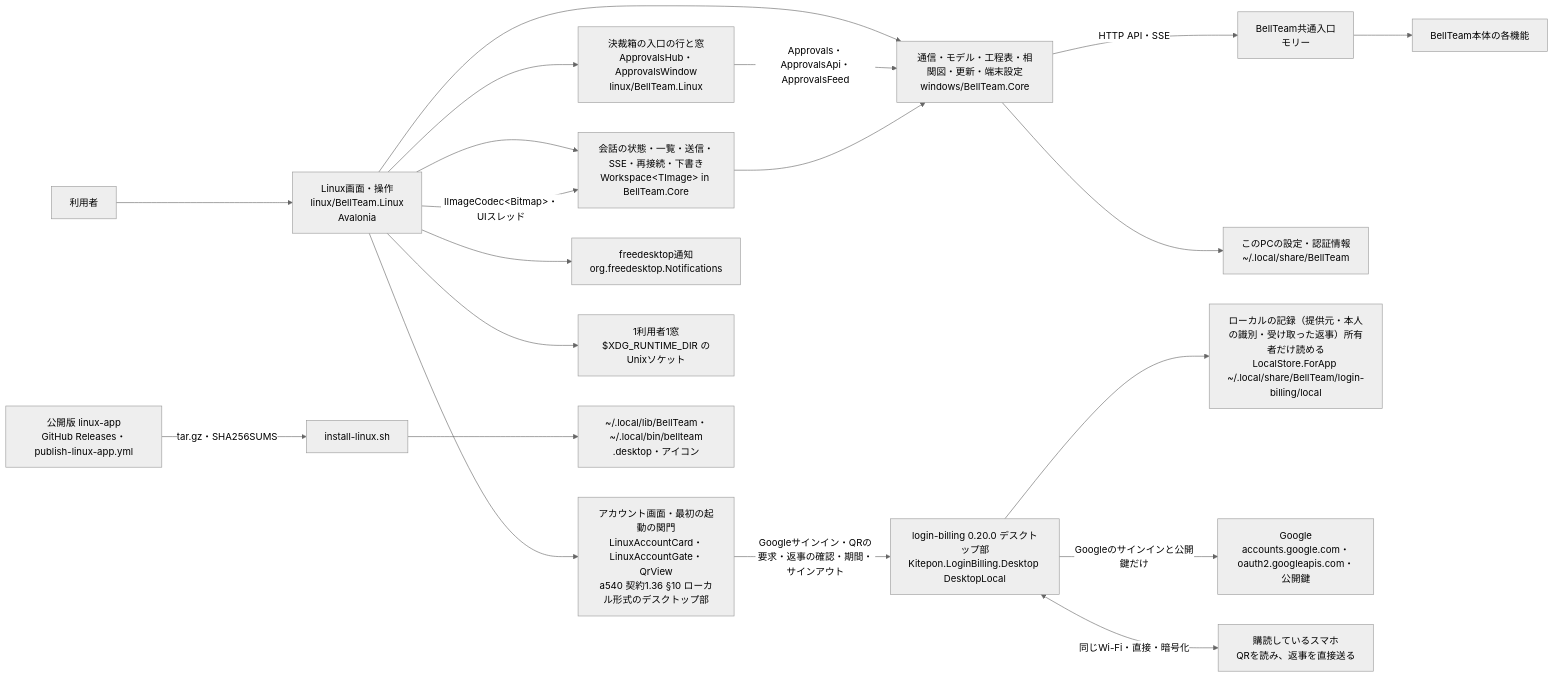
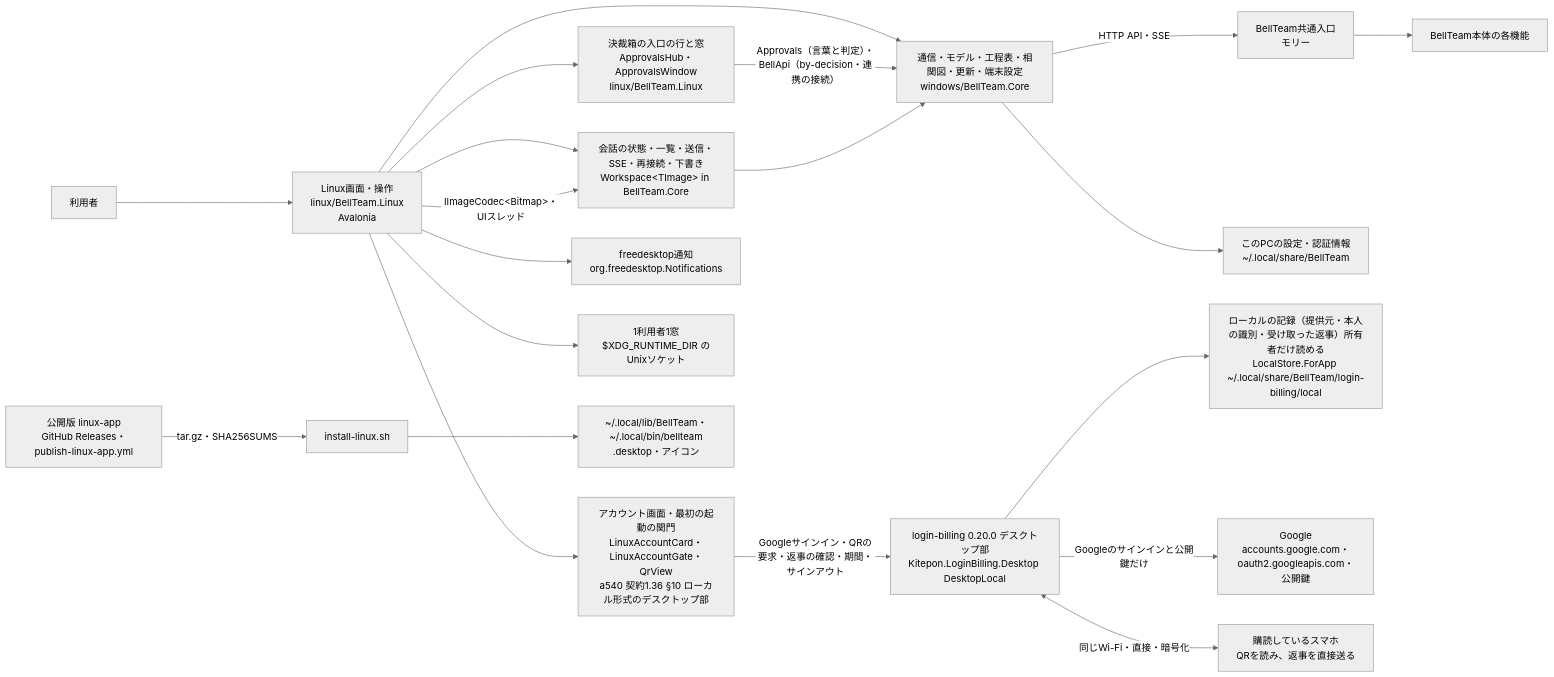
The first of 3 diagrams in docs/linux-architecture.md (kitepon/BellTeam), drawn with Mermaid (neutral theme) before and after one commit. The commit also changed other lines of this file and 20 other files, not shown here.

````diff
--- a/docs/linux-architecture.md
+++ b/docs/linux-architecture.md
@@ -9,22 +9,22 @@
 ```mermaid
 flowchart LR
   user[利用者] --> ui[Linux画面・操作<br/>linux/BellTeam.Linux<br/>Avalonia]
   ui --> ws[会話の状態・一覧・送信・SSE・再接続・下書き<br/>Workspace&lt;TImage&gt; in BellTeam.Core]
   ui --> core[通信・モデル・工程表・相関図・更新・端末設定<br/>windows/BellTeam.Core]
   ui --> abx[決裁箱の入口の行と窓<br/>ApprovalsHub・ApprovalsWindow<br/>linux/BellTeam.Linux]
-  abx -->|Approvals・ApprovalsApi・ApprovalsFeed| core
+  abx -->|Approvals（言葉と判定）・BellApi（by-decision・連携の接続）| core
   ws --> core
   ui -->|IImageCodec&lt;Bitmap&gt;・UIスレッド| ws
   core -->|HTTP API・SSE| integration[BellTeam共通入口<br/>モリー]
   core --> local[このPCの設定・認証情報<br/>~/.local/share/BellTeam]
   ui --> account[アカウント画面・最初の起動の関門<br/>LinuxAccountCard・LinuxAccountGate・QrView<br/>a540 契約1.36 §10 ローカル形式のデスクトップ部]
   account -->|Googleサインイン・QRの要求・返事の確認・期間・サインアウト| lib[login-billing 0.20.0 デスクトップ部<br/>Kitepon.LoginBilling.Desktop DesktopLocal]
   lib --> pass[ローカルの記録（提供元・本人の識別・受け取った返事）所有者だけ読める<br/>LocalStore.ForApp ~/.local/share/BellTeam/login-billing/local]
   lib -->|Googleのサインインと公開鍵だけ| google[Google<br/>accounts.google.com・oauth2.googleapis.com・公開鍵]
   lib <-->|同じWi-Fi・直接・暗号化| phone[購読しているスマホ<br/>QRを読み、返事を直接送る]
   ui --> notify[freedesktop通知<br/>org.freedesktop.Notifications]
   ui --> single[1利用者1窓<br/>$XDG_RUNTIME_DIR のUnixソケット]
   release[公開版 linux-app<br/>GitHub Releases・publish-linux-app.yml] -->|tar.gz・SHA256SUMS| install[install-linux.sh]
   install --> files[~/.local/lib/BellTeam・~/.local/bin/bellteam<br/>.desktop・アイコン]
   integration --> server[BellTeam本体の各機能]
 ```
````
